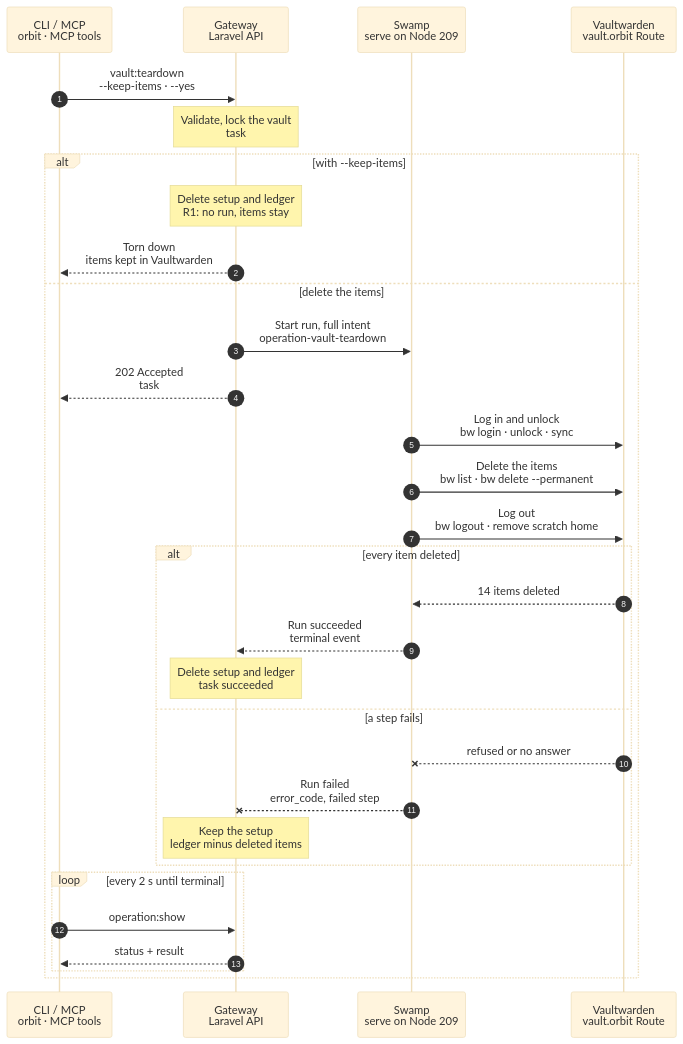
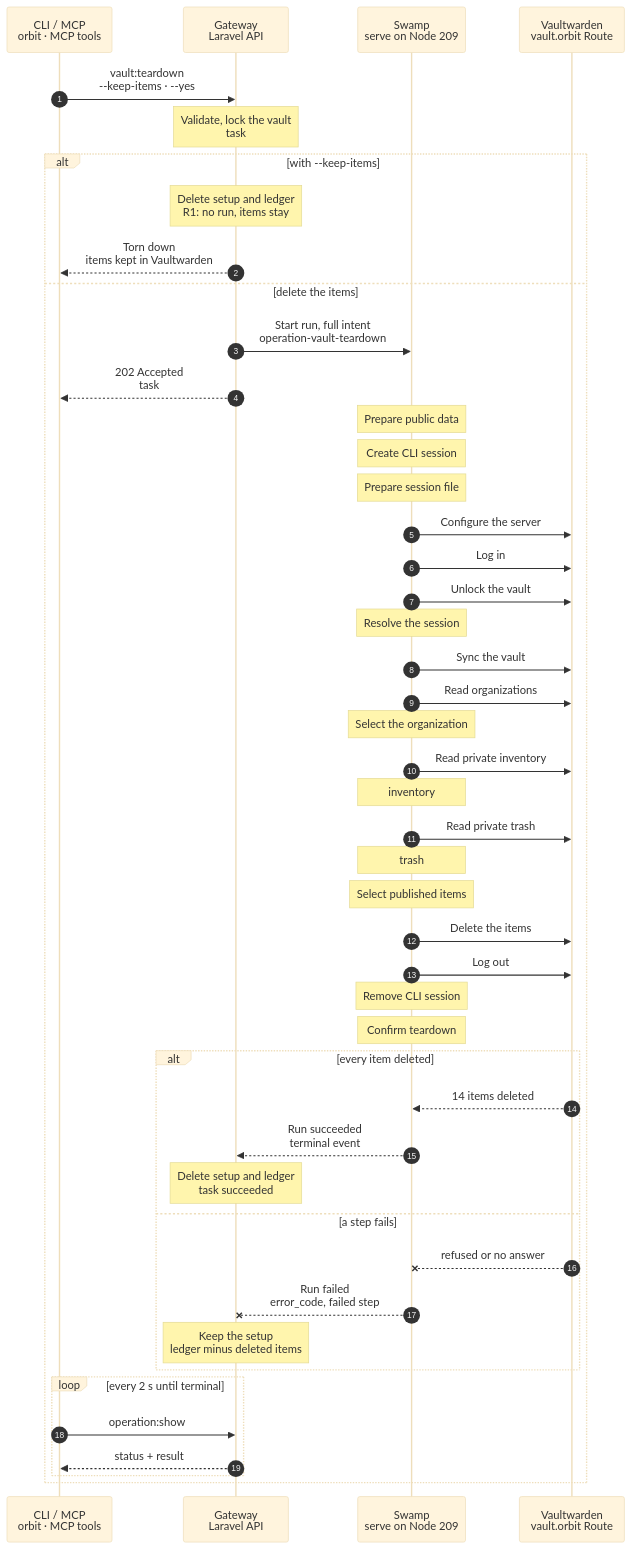
Before and after one commit to hardimpactdev/orbit: the diagram in docs/cli/vault/teardown.mmd, drawn with Mermaid (base theme). The commit also changed 26 other files, not shown here.

First line of the commit message:
feat(vault): migrate teardown to native CLI steps and record-only retention

```diff
--- a/docs/cli/vault/teardown.mmd
+++ b/docs/cli/vault/teardown.mmd
@@ -1,93 +1,103 @@
 sequenceDiagram
   %% Target design: ADR 0244 task, DECISIONS R1 (--keep-items is record-only), R2-R4, swamp-vault-design. Same shape as tool.remove. docs/reference/vaultwarden.md.
-  %% Tightened: flow-tighten 2026-11-02, rule 16 (the collection read only picks the items, so it folds into the delete step).
+  %% Tightened: flow-tighten 2026-11-02, rule 22 (plain pinned CLI primitives, native fan-out, vault-backed credentials and native end check).
   %% status: draft
   %% command: vault:teardown
   %% kind: vault.teardown
   autonumber
   %% lane CLI icon=terminal pill=caller tone=gray
   %% lane GW icon=gateway pill=intent tone=blue
   %% lane SW icon=workflow pill=executes tone=green
   %% lane VW icon=server pill=target tone=purple
   participant CLI as CLI / MCP<br/>orbit · MCP tools
   participant GW as Gateway<br/>Laravel API
   participant SW as Swamp<br/>serve on Node 209
   participant VW as Vaultwarden<br/>vault.orbit Route
   CLI->>GW: vault:teardown<br/>--keep-items · --yes
   %%> Command:
   %%> - `orbit vault:teardown --yes`
   %%> - syntax: `[--keep-items] [--yes] [--idempotency-key=KEY] [--json]`
   %%> Confirmation:
   %%> - in a terminal the CLI asks a default-No question; without a terminal, or with `--json`, `--yes` is required
   Note over GW: Validate, lock the vault<br/>task #5169 · 14 items
   %%> Requirements:
   %%> - the `vault` extension is on and Vaultwarden is set up, else `vault.not_configured`
   %%> - no other setup, sync or teardown runs, else `vault.sync_busy`
   %%> Decides:
   %%> - whether the published items must leave Vaultwarden, or only the setup goes
   alt with --keep-items
     Note over GW: Delete setup and ledger<br/>R1: no run, items stay
     %%> Result:
     %%> - the stored account, organization, collection and publishing ledger are deleted
     %%> - the items stay in Vaultwarden; a later setup on the same collection can adopt them
     %%> - no Swamp run starts (R1); Vaultwarden is not contacted
     GW-->>CLI: Torn down<br/>items kept in Vaultwarden
     %%> What you get:
     %%> - the final result at once; there is nothing to follow
   else delete the items
     GW->>SW: Start run, full intent<br/>operation-vault-teardown
     %%> What it does:
     %%> - pushes the account secrets to the Swamp vault as `vault-teardown-5169` after commit (R3), then starts one Swamp run on serve (Node 209)
     %%> Inputs:
     %%> - the setup and the ledger of published item IDs and sources, and the vault key names
     GW-->>CLI: 202 Accepted<br/>task #5169
     %%> What you get:
     %%> - the task number, at once
     %%> Next:
     %%> - the CLI follows the task with `operation:show`
-    SW->>VW: Log in and unlock<br/>bw login · unlock · sync
-    %%> How:
-    %%> - the official Bitwarden CLI on 209, in a scratch home, trusting only the Orbit root CA
-    SW->>VW: Delete the items<br/>bw list · bw delete --permanent
-    %%> What it does:
-    %%> - lists the collection, picks the items whose ID and decrypted `orbit.source` still match the ledger, and deletes each permanently
-    %%> Refuses:
-    %%> - before any deletion, when a matching item also belongs to another visible collection: `vault.item_shared`
-    %%> Leaves:
-    %%> - unrecorded copies and items whose source differs from the ledger
-    SW->>VW: Log out<br/>bw logout · remove scratch home
-    %%> What it does:
-    %%> - logs out and deletes the scratch home, on success and on failure
+    Note over SW: Prepare public data
+    Note over SW: Create CLI session
+    Note over SW: Prepare session file
+    SW->>VW: Configure the server
+    SW->>VW: Log in
+    SW->>VW: Unlock the vault
+    Note over SW: Resolve the session
+    SW->>VW: Sync the vault
+    SW->>VW: Read organizations
+    Note over SW: Select the organization
+    SW->>VW: Read private inventory
+    Note over SW: inventory
+    SW->>VW: Read private trash
+    Note over SW: trash
+    Note over SW: Select published items
+    SW->>VW: Delete the items
+    SW->>VW: Log out
+    Note over SW: Remove CLI session
+    Note over SW: Confirm teardown
+    %% Organization membership and collection inventory run in parallel.
+    %% Each CLI step is one bounded command; typed methods only shape private data.
+    %% Delete the items fans out over the admitted ledger and skips non-matching IDs and sources.
+    %% All shared-item refusals precede deletion; cleanup also follows skipped dependencies.
     alt every item deleted
       VW-->>SW: 14 items deleted
       %%> Returns:
       %%> - the deleted item IDs
       SW-->>GW: Run succeeded<br/>terminal event
       %%> How the Gateway learns it:
       %%> - its shared run reader sees the terminal event; Swamp never calls the Gateway
       Note over GW: Delete setup and ledger<br/>task succeeded
       %%> Result:
       %%> - the stored account, organization, collection and publishing ledger are deleted
       %%> - task #5169 succeeds
     else a step fails
       VW--xSW: refused or no answer
       %%> When:
       %%> - login fails, Vaultwarden is down, an item is shared, or a delete fails
       SW--xGW: Run failed<br/>error_code, failed step
       %%> The Gateway reads:
       %%> - which step failed and its safe error code
       Note over GW: Keep the setup<br/>ledger minus deleted items
       %%> Result:
       %%> - the setup stays; the ledger drops only the items that were deleted; task #5169 fails
       %%> Retry:
       %%> - safe: run the same command again; it deletes only what is still there
     end
     loop every 2 s until terminal
       CLI->>GW: operation:show #5169
       %%> What it does:
       %%> - asks for the task's status every 2 seconds until it has ended
       GW-->>CLI: status + result
       %%> Returns:
       %%> - the current status, and the result once the task has ended
     end
   end
```
